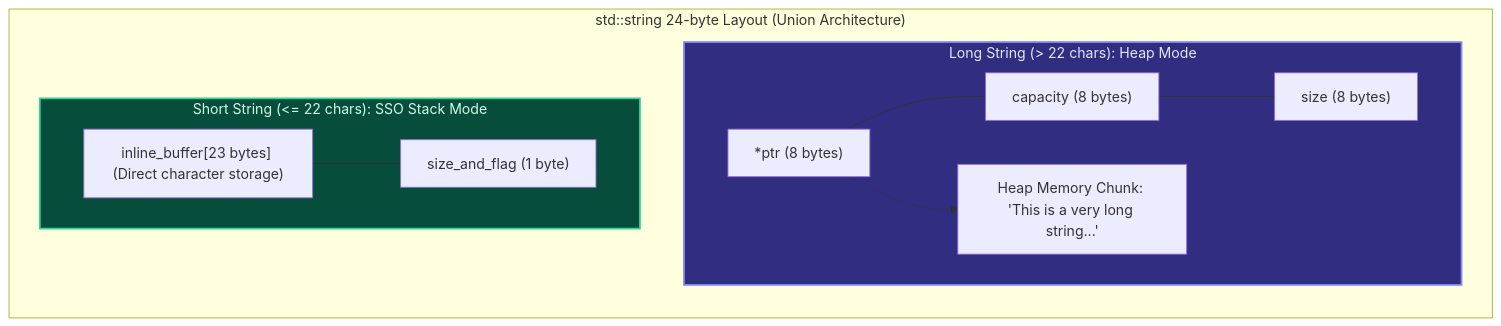
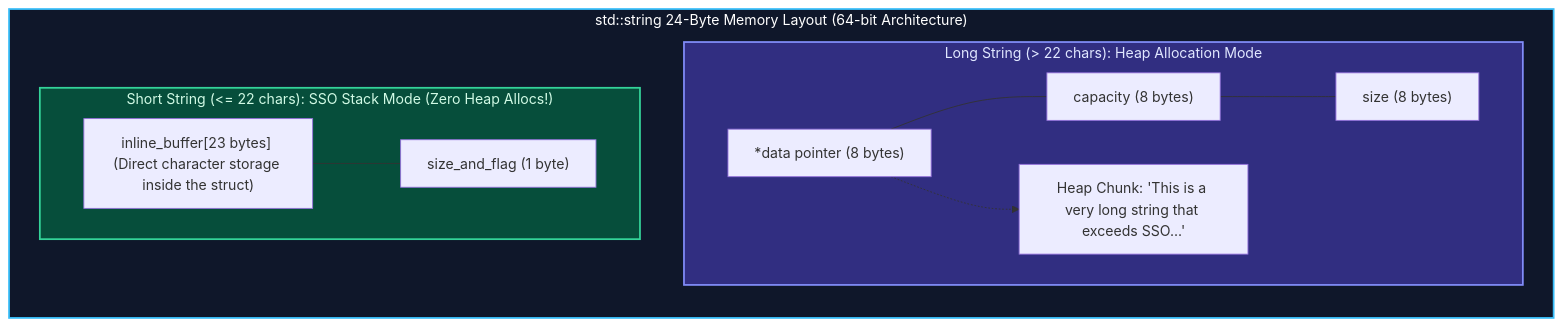
The seventh of 14 diagrams in content/docs/dsa/01-foundations-and-linear-structures/03-strings-and-string-manipulation.mdx (1345AbhishekKumar/cs-cookbook), drawn with Mermaid before and after one commit. The commit also changed other lines of this file and 211 other files, not shown here.

````diff
--- a/content/docs/dsa/01-foundations-and-linear-structures/03-strings-and-string-manipulation.mdx
+++ b/content/docs/dsa/01-foundations-and-linear-structures/03-strings-and-string-manipulation.mdx
@@ -48,16 +410,17 @@
 ```mermaid
 flowchart TD
-    subgraph SSOStruct["std::string 24-byte Layout (Union Architecture)"]
+    subgraph SSOStruct["std::string 24-Byte Memory Layout (64-bit Architecture)"]
         direction TB
-        subgraph HeapMode["Long String (> 22 chars): Heap Mode"]
-            Ptr["*ptr (8 bytes)"] --- Cap["capacity (8 bytes)"] --- Len["size (8 bytes)"]
-            Ptr -.-> HeapBuffer["Heap Memory Chunk: 'This is a very long string...'"]
+        subgraph HeapMode["Long String (> 22 chars): Heap Allocation Mode"]
+            Ptr["*data pointer (8 bytes)"] --- Cap["capacity (8 bytes)"] --- Len["size (8 bytes)"]
+            Ptr -.-> HeapBuffer["Heap Chunk: 'This is a very long string that exceeds SSO...'"]
         end
-        subgraph StackMode["Short String (<= 22 chars): SSO Stack Mode"]
-            BufInline["inline_buffer[23 bytes] (Direct character storage)"] --- FlagByte["size_and_flag (1 byte)"]
+        subgraph StackMode["Short String (<= 22 chars): SSO Stack Mode (Zero Heap Allocs!)"]
+            BufInline["inline_buffer[23 bytes] (Direct character storage inside the struct)"] --- FlagByte["size_and_flag (1 byte)"]
         end
     end
 
     style HeapMode fill:#312e81,stroke:#818cf8,stroke-width:2px,color:#e0e7ff
     style StackMode fill:#064e3b,stroke:#34d399,stroke-width:2px,color:#d1fae5
+    style SSOStruct fill:#0f172a,stroke:#38bdf8,stroke-width:2px,color:#fff
 ```
````
